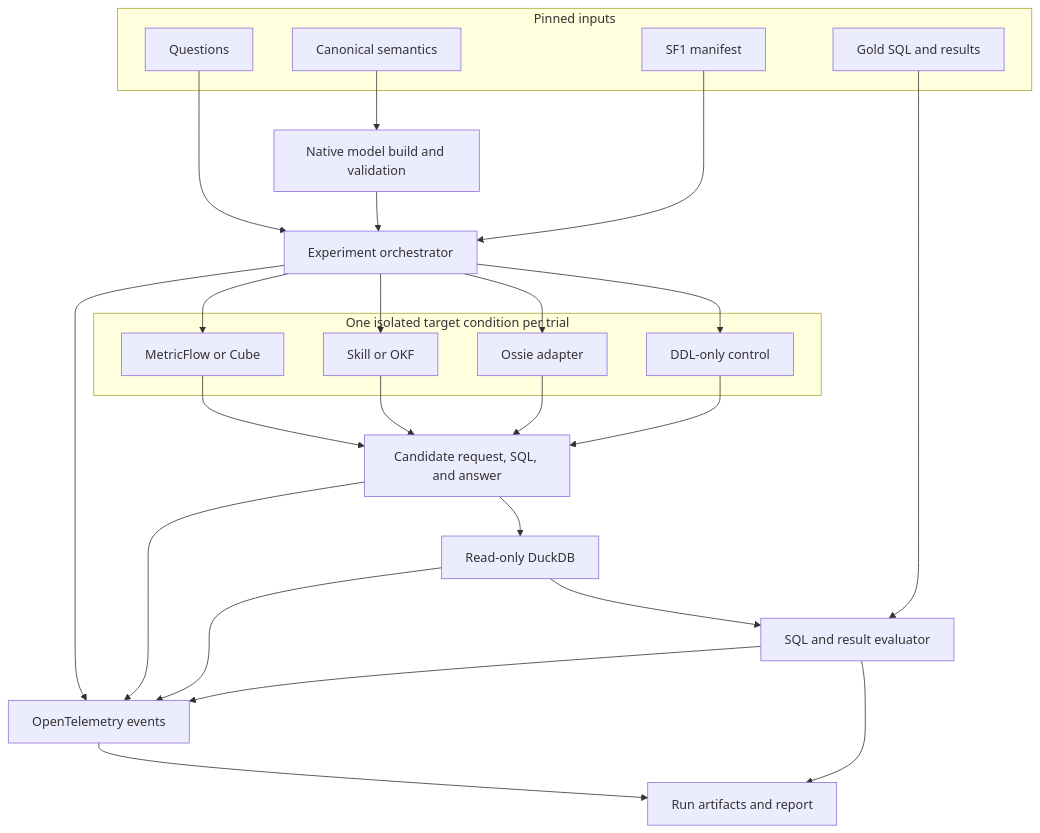
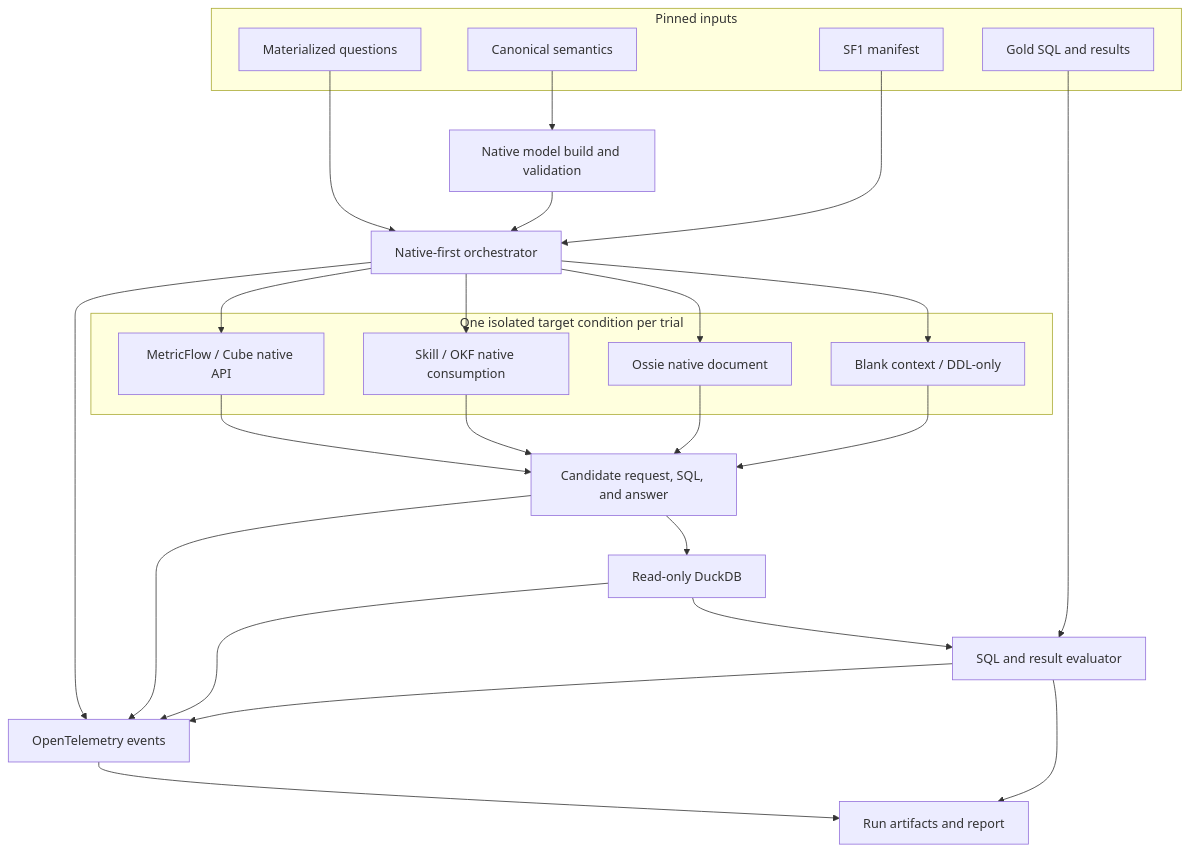
One commit to Jmmt-mingrui/semantic-layer-benchmark changed the first of 2 diagrams in README.md. Above: the diagram before and after it, drawn with Mermaid. The commit also changed other lines of this file, not shown here.

Commit message:
docs: document reproducible native experiments

````diff
--- a/README.md
+++ b/README.md
@@ -54,39 +55,39 @@
 ```mermaid
 flowchart TB
     subgraph inputs["Pinned inputs"]
-        Q["Questions"]
+        Q["Materialized questions"]
         C["Canonical semantics"]
         D["SF1 manifest"]
         G["Gold SQL and results"]
     end
 
     C --> M["Native model build and validation"]
-    Q --> R["Experiment orchestrator"]
+    Q --> R["Native-first orchestrator"]
     M --> R
     D --> R
 
     subgraph target["One isolated target condition per trial"]
-        E["MetricFlow or Cube"]
-        K["Skill or OKF"]
-        O["Ossie adapter"]
-        B["DDL-only control"]
+        E["MetricFlow / Cube native API"]
+        K["Skill / OKF native consumption"]
+        O["Ossie native document"]
+        B["Blank context / DDL-only"]
     end
 
     R --> E
     R --> K
     R --> O
     R --> B
     E --> A["Candidate request, SQL, and answer"]
     K --> A
     O --> A
     B --> A
     A --> DB["Read-only DuckDB"]
     DB --> V["SQL and result evaluator"]
     G --> V
     R --> T["OpenTelemetry events"]
     A --> T
     DB --> T
     V --> T
     T --> P["Run artifacts and report"]
     V --> P
 ```
````
